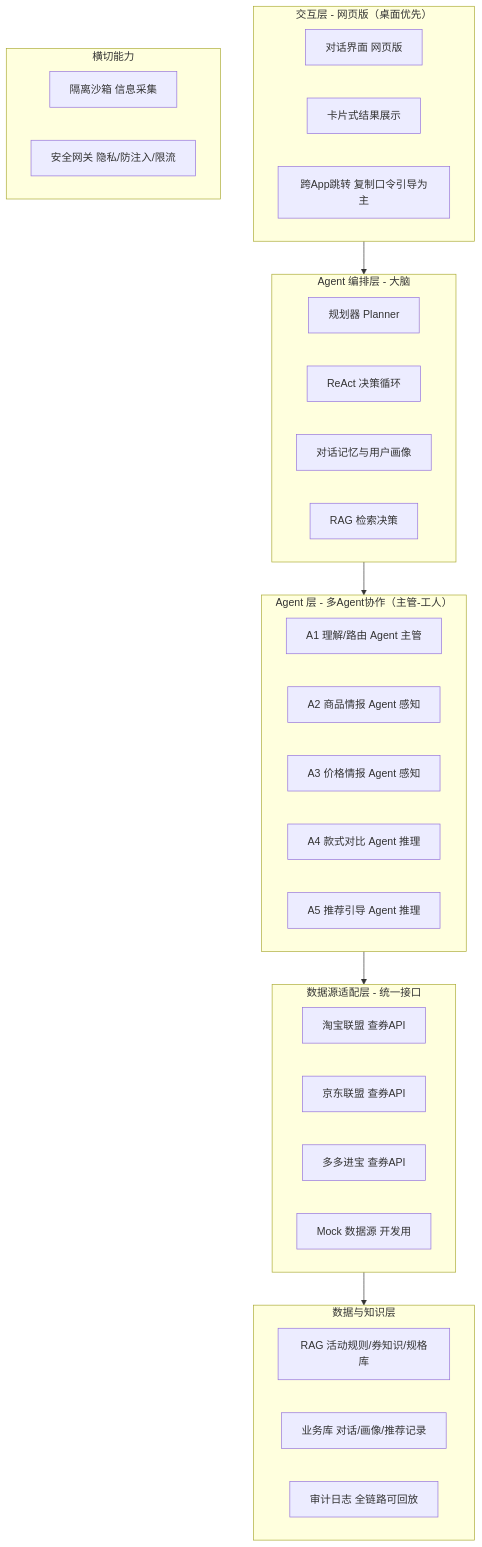
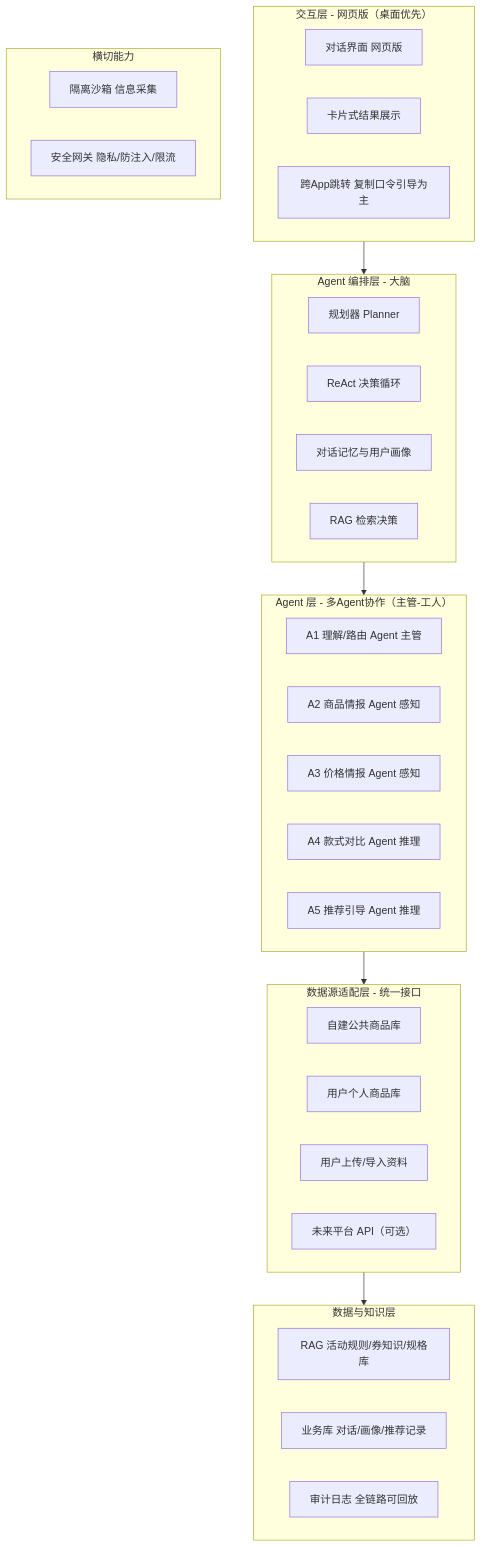
Before and after one commit to szy0607/price-agent: the first of 3 diagrams in 智能电商采购Agent-设计方案.md, drawn with Mermaid. The commit also changed other lines of this file and 8 other files, not shown here.

````diff
--- a/智能电商采购Agent-设计方案.md
+++ b/智能电商采购Agent-设计方案.md
@@ -31,39 +31,39 @@
 ```mermaid
 flowchart TB
     subgraph U["交互层 - 网页版（桌面优先）"]
         A1["对话界面 网页版"]
         A2["卡片式结果展示"]
         A3["跨App跳转 复制口令引导为主"]
     end
     subgraph B["Agent 编排层 - 大脑"]
         B1["规划器 Planner"]
         B2["ReAct 决策循环"]
         B3["对话记忆与用户画像"]
         B4["RAG 检索决策"]
     end
     subgraph C["Agent 层 - 多Agent协作（主管-工人）"]
         C1["A1 理解/路由 Agent 主管"]
         C2["A2 商品情报 Agent 感知"]
         C3["A3 价格情报 Agent 感知"]
         C4["A4 款式对比 Agent 推理"]
         C5["A5 推荐引导 Agent 推理"]
     end
     subgraph D["数据源适配层 - 统一接口"]
-        D1["淘宝联盟 查券API"]
-        D2["京东联盟 查券API"]
-        D3["多多进宝 查券API"]
-        D4["Mock 数据源 开发用"]
+        D1["自建公共商品库"]
+        D2["用户个人商品库"]
+        D3["用户上传/导入资料"]
+        D4["未来平台 API（可选）"]
     end
     subgraph E["数据与知识层"]
         E1["RAG 活动规则/券知识/规格库"]
         E2["业务库 对话/画像/推荐记录"]
         E3["审计日志 全链路可回放"]
     end
 
     U --> B --> C --> D --> E
 
     subgraph X["横切能力"]
         X1["隔离沙箱 信息采集"]
         X2["安全网关 隐私/防注入/限流"]
     end
 ```
````
